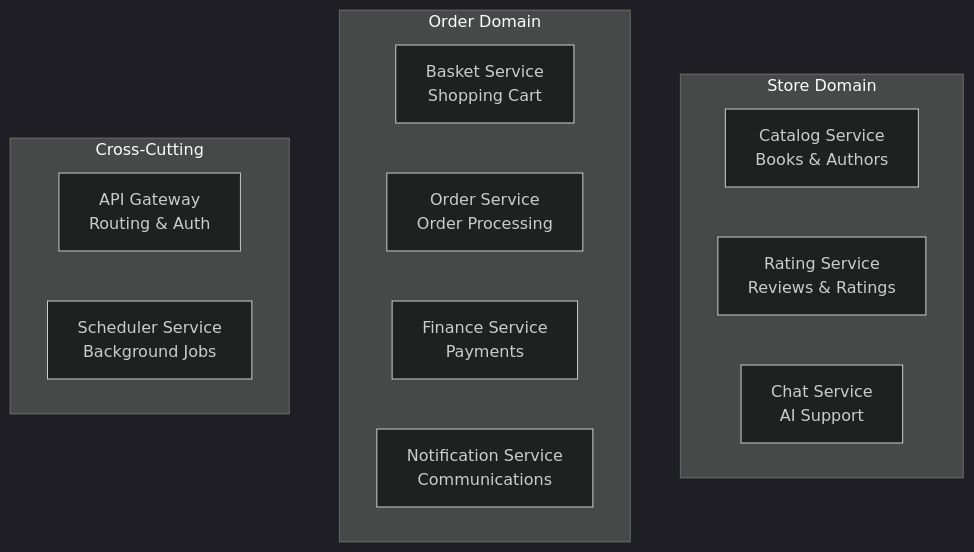
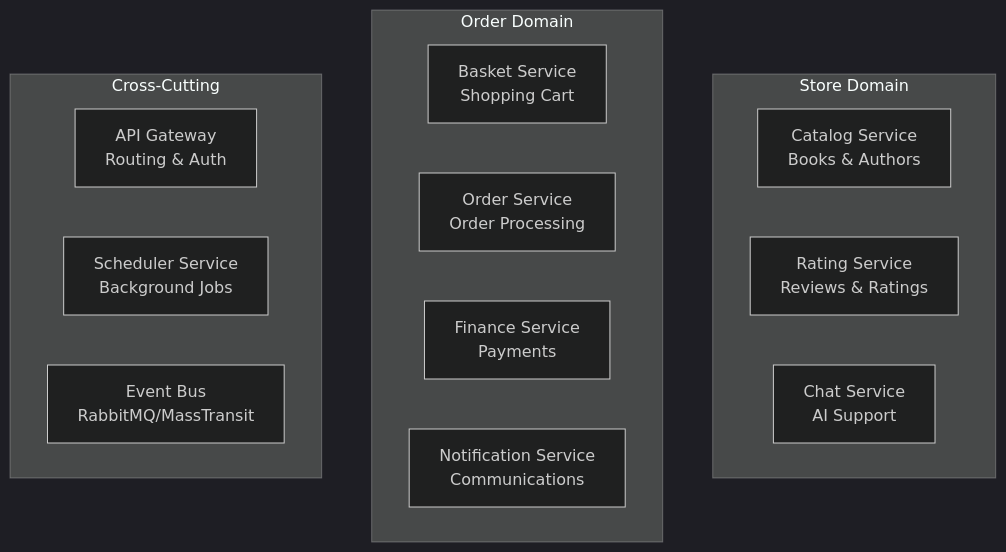
Before and after one commit to foxminchan/BookWorm: the first of 3 diagrams in docs/docusaurus/docs/04-solution-strategy.mdx, drawn with Mermaid (dark theme). The commit also changed other lines of this file and 40 other files, not shown here.

````diff
--- a/docs/docusaurus/docs/04-solution-strategy.mdx
+++ b/docs/docusaurus/docs/04-solution-strategy.mdx
@@ -56,20 +92,21 @@
 ```mermaid
 graph TB
     subgraph "Store Domain"
         Catalog[Catalog Service<br/>Books & Authors]
         Rating[Rating Service<br/>Reviews & Ratings]
         Chat[Chat Service<br/>AI Support]
     end
 
     subgraph "Order Domain"
         Basket[Basket Service<br/>Shopping Cart]
         Order[Order Service<br/>Order Processing]
         Finance[Finance Service<br/>Payments]
         Notification[Notification Service<br/>Communications]
     end
 
     subgraph "Cross-Cutting"
         Gateway[API Gateway<br/>Routing & Auth]
         Scheduler[Scheduler Service<br/>Background Jobs]
+        EventBus[Event Bus<br/>RabbitMQ/MassTransit]
     end
 ```
````
